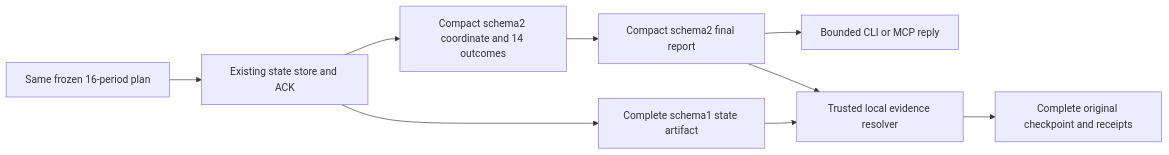
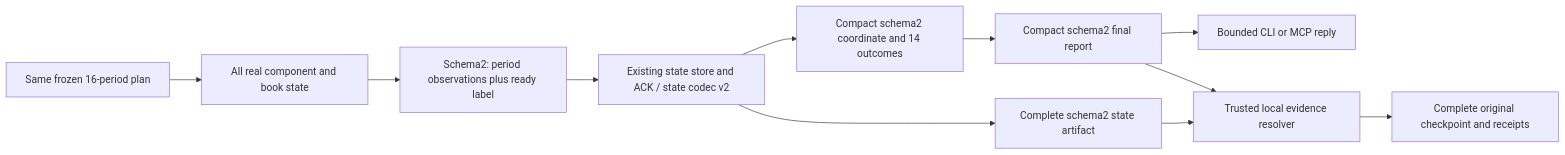
The third of 3 diagrams in docs/synthetic-portfolio.md (jacksonpradolima/coleman), drawn with Mermaid before and after one commit. The commit also changed other lines of this file and 26 other files, not shown here.

````diff
--- a/docs/synthetic-portfolio.md
+++ b/docs/synthetic-portfolio.md
@@ -453,11 +479,13 @@
 ```mermaid
 flowchart LR
-    Plan[Same frozen 16-period plan] --> Commit[Existing state store and ACK]
-    Commit --> Full[Complete schema1 state artifact]
+    Plan[Same frozen 16-period plan] --> Owner[All real component and book state]
+    Owner --> State[Schema2: period observations plus ready label]
+    State --> Commit[Existing state store and ACK / state codec v2]
+    Commit --> Full[Complete schema2 state artifact]
     Commit --> Coordinate[Compact schema2 coordinate and 14 outcomes]
     Coordinate --> Report[Compact schema2 final report]
     Report --> Edge[Bounded CLI or MCP reply]
     Report --> Resolve[Trusted local evidence resolver]
     Full --> Resolve
     Resolve --> Complete[Complete original checkpoint and receipts]
 ```
````
